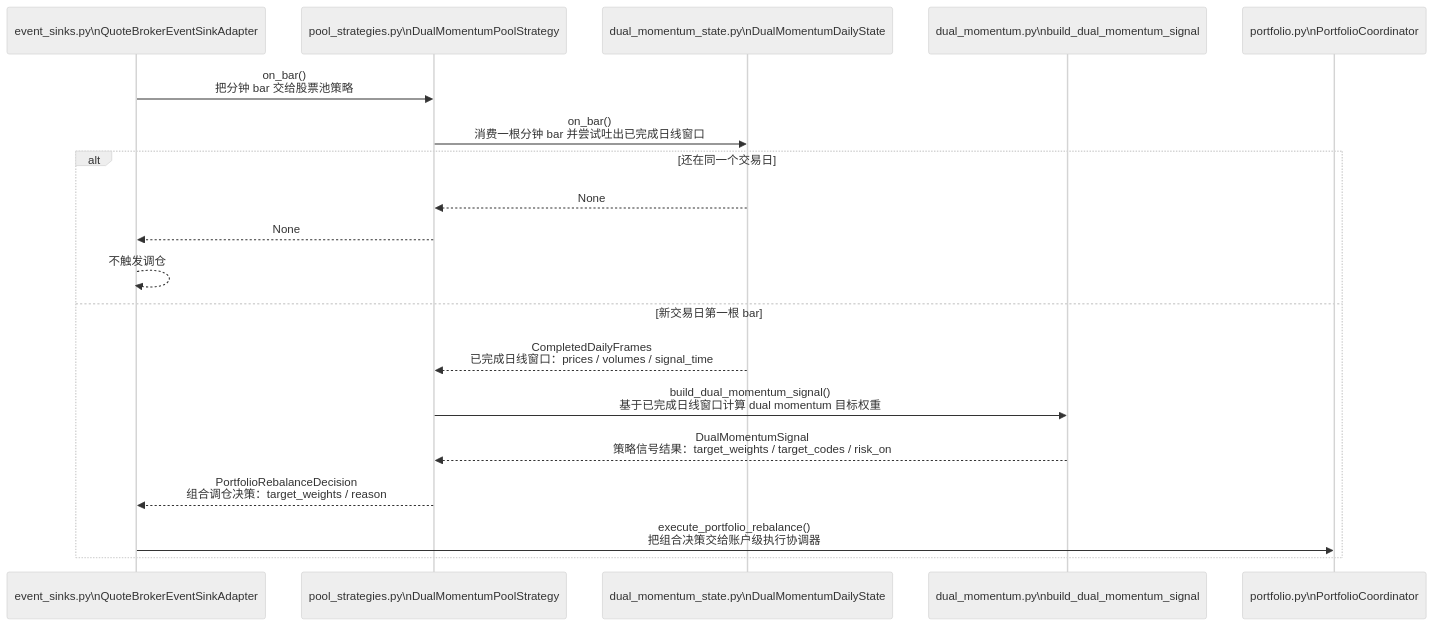
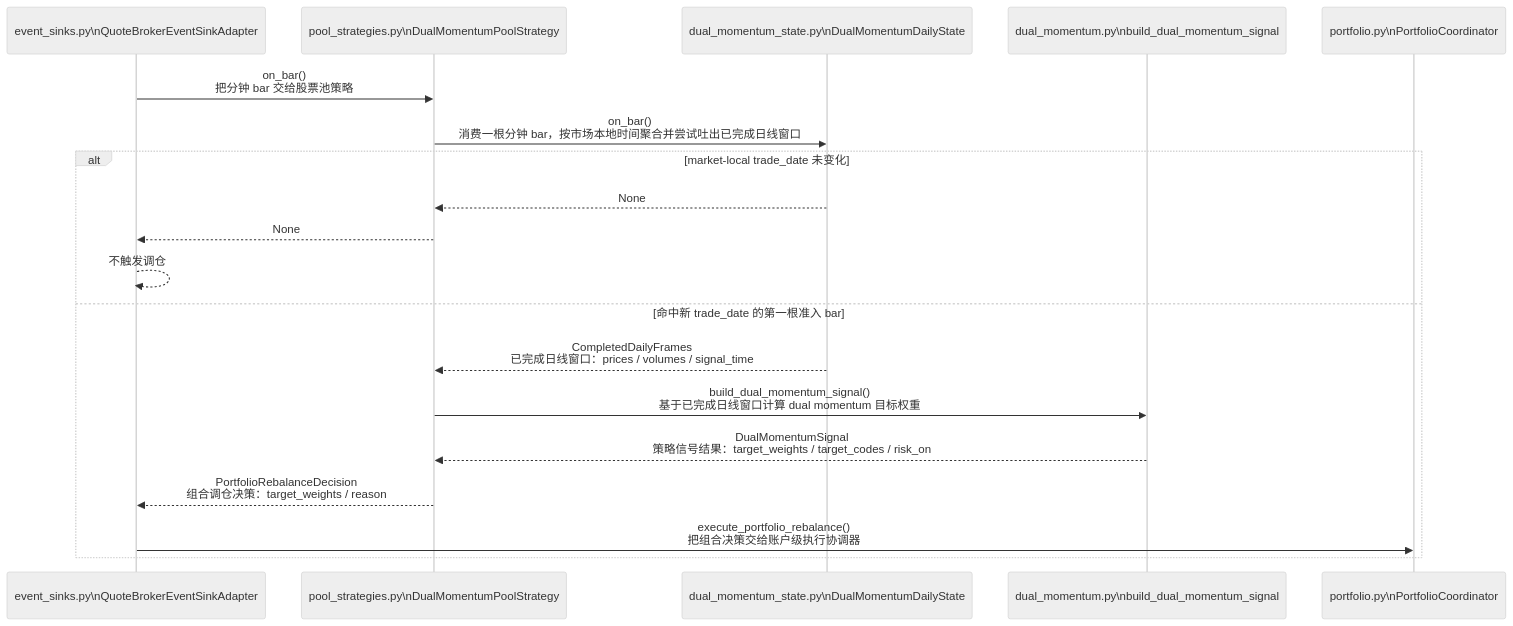
Before and after one commit to hangchow/backtest: the sixth of 7 diagrams in docs/README_livetrading_sequence.md, drawn with Mermaid (neutral theme). The commit also changed other lines of this file and 24 other files, not shown here.

````diff
--- a/docs/README_livetrading_sequence.md
+++ b/docs/README_livetrading_sequence.md
@@ -284,23 +295,23 @@
 ```mermaid
 sequenceDiagram
     participant QS as event_sinks.py\nQuoteBrokerEventSinkAdapter
     participant PLS as pool_strategies.py\nDualMomentumPoolStrategy
     participant STATE as dual_momentum_state.py\nDualMomentumDailyState
     participant SIG as dual_momentum.py\nbuild_dual_momentum_signal
     participant PC as portfolio.py\nPortfolioCoordinator
 
     QS->>PLS: on_bar()<br/>把分钟 bar 交给股票池策略
-    PLS->>STATE: on_bar()<br/>消费一根分钟 bar 并尝试吐出已完成日线窗口
+    PLS->>STATE: on_bar()<br/>消费一根分钟 bar，按市场本地时间聚合并尝试吐出已完成日线窗口
 
-    alt 还在同一个交易日
+    alt market-local trade_date 未变化
         STATE-->>PLS: None
         PLS-->>QS: None
         QS-->>QS: 不触发调仓
-    else 新交易日第一根 bar
+    else 命中新 trade_date 的第一根准入 bar
         STATE-->>PLS: CompletedDailyFrames<br/>已完成日线窗口：prices / volumes / signal_time
         PLS->>SIG: build_dual_momentum_signal()<br/>基于已完成日线窗口计算 dual momentum 目标权重
         SIG-->>PLS: DualMomentumSignal<br/>策略信号结果：target_weights / target_codes / risk_on
         PLS-->>QS: PortfolioRebalanceDecision<br/>组合调仓决策：target_weights / reason
         QS->>PC: execute_portfolio_rebalance()<br/>把组合决策交给账户级执行协调器
     end
 ```
````
